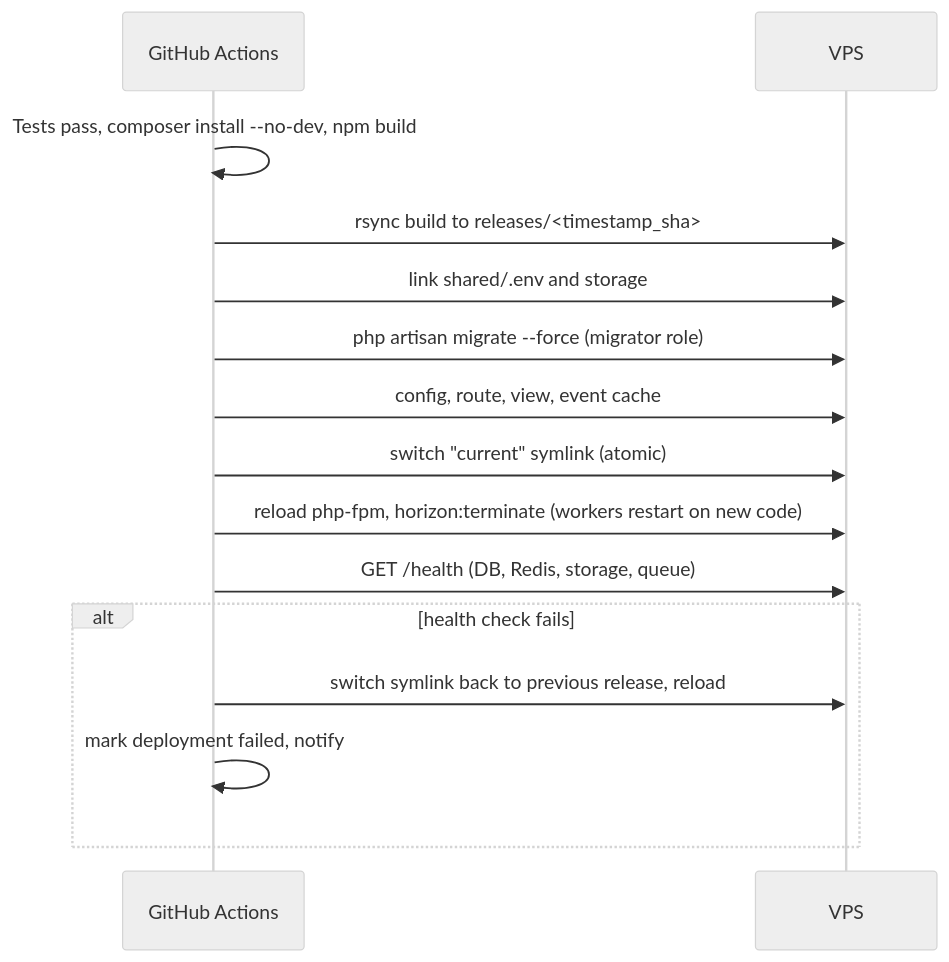
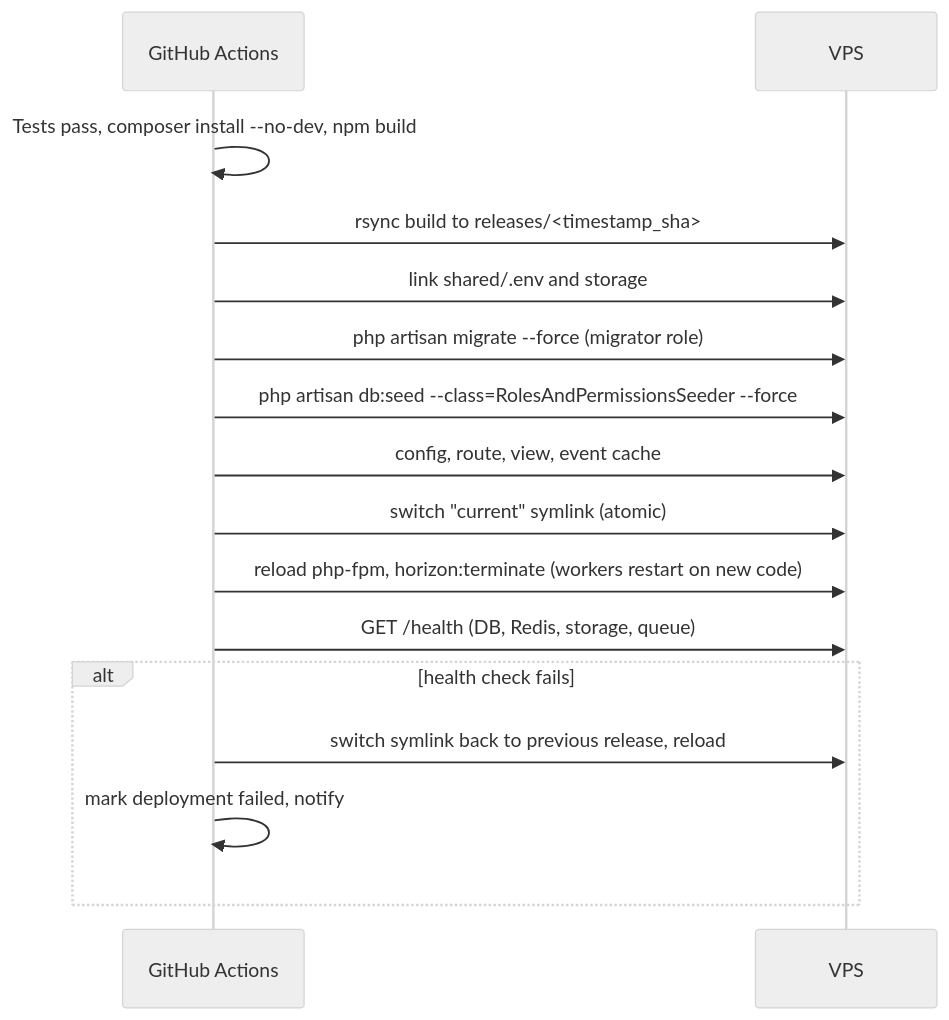
The diagram in docs/architecture/09-hosting-deployment.md (lorenzolowrince/MyFamilyTree), drawn with Mermaid (neutral theme) before and after one commit. The commit also changed 100 other files, not shown here.

````diff
--- a/docs/architecture/09-hosting-deployment.md
+++ b/docs/architecture/09-hosting-deployment.md
@@ -48,17 +48,18 @@
 ```mermaid
 sequenceDiagram
   participant GA as GitHub Actions
   participant S as VPS
   GA->>GA: Tests pass, composer install --no-dev, npm build
   GA->>S: rsync build to releases/<timestamp_sha>
   GA->>S: link shared/.env and storage
   GA->>S: php artisan migrate --force (migrator role)
+  GA->>S: php artisan db:seed --class=RolesAndPermissionsSeeder --force
   GA->>S: config, route, view, event cache
   GA->>S: switch "current" symlink (atomic)
   GA->>S: reload php-fpm, horizon:terminate (workers restart on new code)
   GA->>S: GET /health (DB, Redis, storage, queue)
   alt health check fails
     GA->>S: switch symlink back to previous release, reload
     GA->>GA: mark deployment failed, notify
   end
 ```
````
